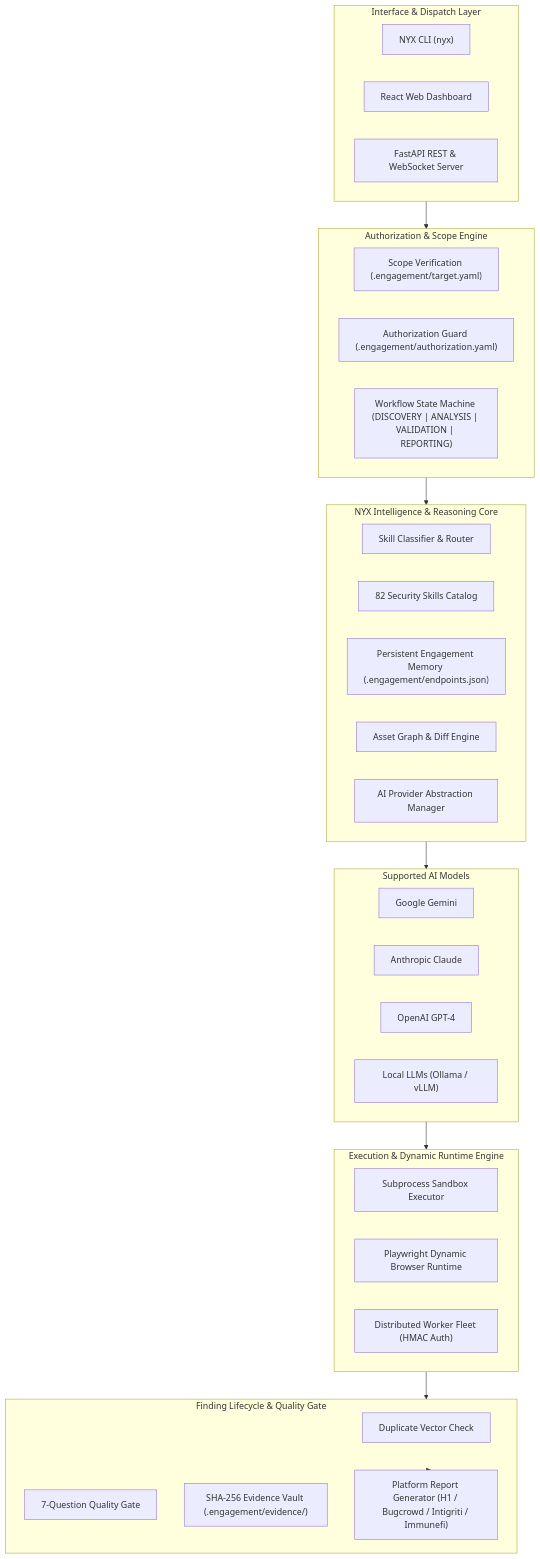
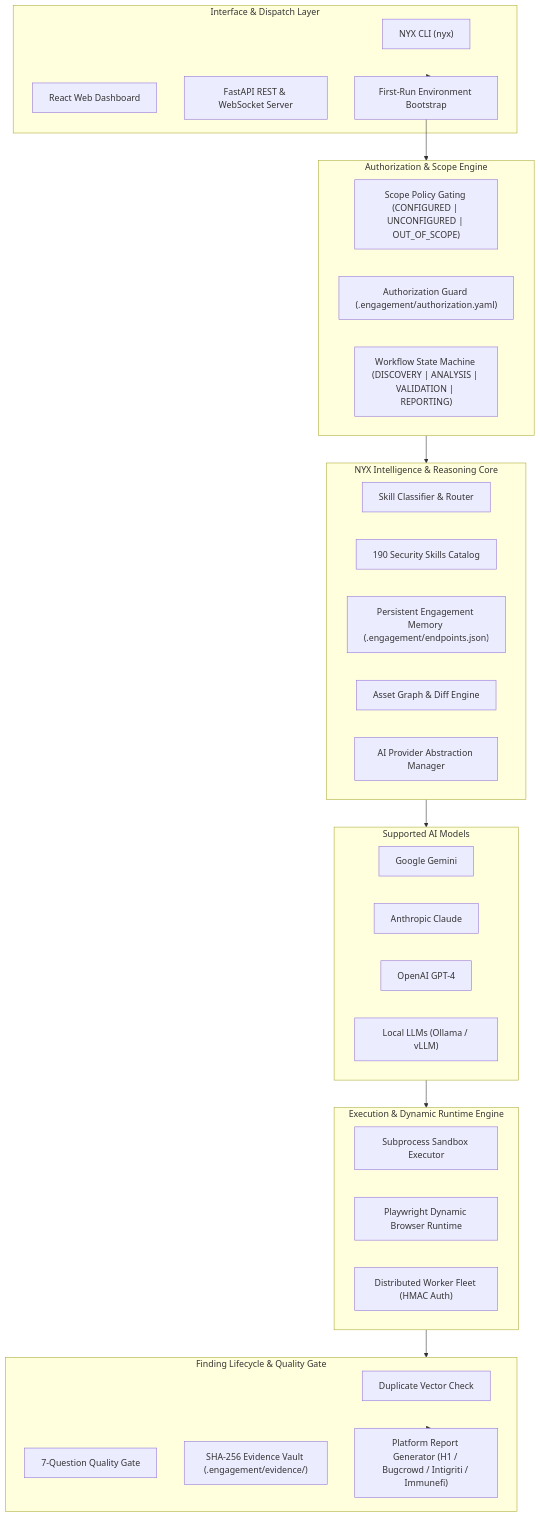
The diagram in README.md (Omkar443/nyx), drawn with Mermaid before and after one commit. The commit also changed other lines of this file and 1 other file, not shown here.

````diff
--- a/README.md
+++ b/README.md
@@ -40,49 +42,51 @@
 ```mermaid
 flowchart TD
     subgraph Client ["Interface & Dispatch Layer"]
         CLI["NYX CLI (nyx)"]
         WEB["React Web Dashboard"]
         REST["FastAPI REST & WebSocket Server"]
+        BOOT["First-Run Environment Bootstrap"]
     end
 
     subgraph Governance ["Authorization & Scope Engine"]
-        SCOPE["Scope Verification (.engagement/target.yaml)"]
+        SCOPE["Scope Policy Gating (CONFIGURED | UNCONFIGURED | OUT_OF_SCOPE)"]
         AUTH["Authorization Guard (.engagement/authorization.yaml)"]
         STATE["Workflow State Machine (DISCOVERY | ANALYSIS | VALIDATION | REPORTING)"]
     end
 
     subgraph Intelligence ["NYX Intelligence & Reasoning Core"]
         ROUTER["Skill Classifier & Router"]
-        KNOWLEDGE["82 Security Skills Catalog"]
+        KNOWLEDGE["190 Security Skills Catalog"]
         MEMORY["Persistent Engagement Memory (.engagement/endpoints.json)"]
         DIFF["Asset Graph & Diff Engine"]
         AI_MGR["AI Provider Abstraction Manager"]
     end
 
     subgraph AI_Providers ["Supported AI Models"]
         GEMINI["Google Gemini"]
         CLAUDE["Anthropic Claude"]
         OPENAI["OpenAI GPT-4"]
         LOCAL["Local LLMs (Ollama / vLLM)"]
     end
 
     subgraph Execution ["Execution & Dynamic Runtime Engine"]
         SANDBOX["Subprocess Sandbox Executor"]
         BROWSER["Playwright Dynamic Browser Runtime"]
         WORKERS["Distributed Worker Fleet (HMAC Auth)"]
     end
 
     subgraph Lifecycle ["Finding Lifecycle & Quality Gate"]
         DUP_CHK["Duplicate Vector Check"]
         GATE["7-Question Quality Gate"]
         VAULT["SHA-256 Evidence Vault (.engagement/evidence/)"]
         REPORTS["Platform Report Generator (H1 / Bugcrowd / Intigriti / Immunefi)"]
     end
 
-    Client --> Governance
+    Client --> BOOT
+    BOOT --> Governance
     Governance --> Intelligence
     Intelligence --> AI_Providers
     AI_Providers --> Execution
     Execution --> Lifecycle
     Lifecycle --> REPORTS
 ```
````
